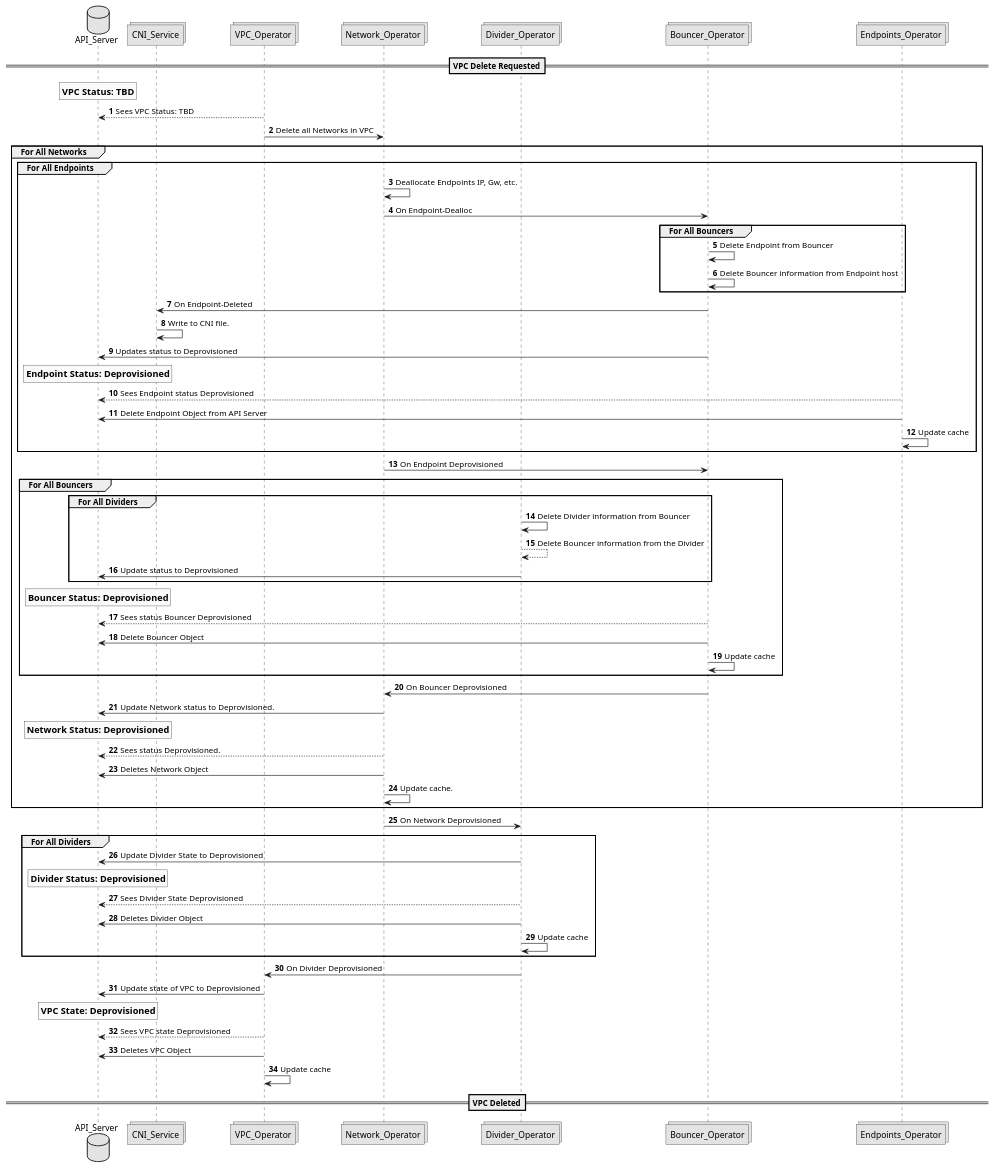
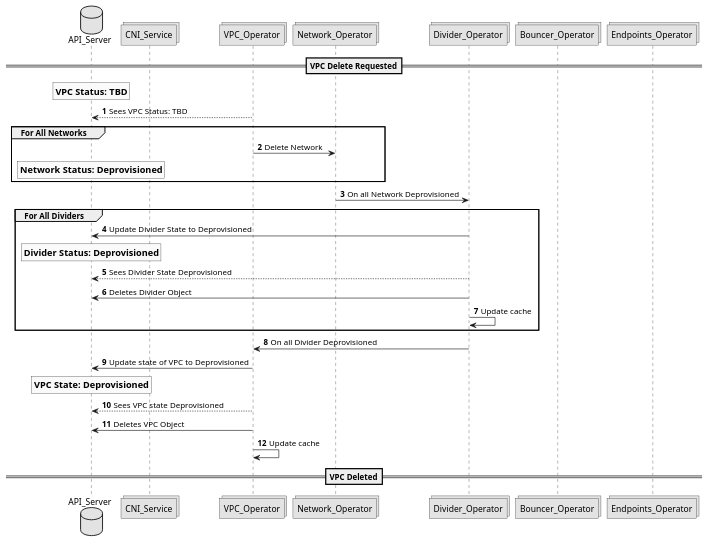
The diagram in Documentation/design/figures/delete_vpc_workflow.puml (CentaurusInfra/mizar), drawn with PlantUML before and after one commit. The commit also changed 2 other files, not shown here.

Commit message:
Simplify delete workflow

```diff
--- a/Documentation/design/figures/delete_vpc_workflow.puml
+++ b/Documentation/design/figures/delete_vpc_workflow.puml
@@ -1,67 +1,38 @@
 @startuml
 
 skinparam monochrome true
+skinparam group 10
+
 autonumber
 database API_Server
 collections CNI_Service
 collections VPC_Operator
 collections Network_Operator
 collections Divider_Operator
 collections Bouncer_Operator
 collections Endpoints_Operator
 
 ==VPC Delete Requested==
 rnote over API_Server: ==VPC Status: TBD
 VPC_Operator --> API_Server: Sees VPC Status: TBD
-VPC_Operator -> Network_Operator: Delete all Networks in VPC
 group For All Networks
-group For All Endpoints
-Network_Operator -> Network_Operator: Deallocate Endpoints IP, Gw, etc.
-Network_Operator -> Bouncer_Operator: On Endpoint-Dealloc
-group For All Bouncers
-Bouncer_Operator -> Bouncer_Operator: Delete Endpoint from Bouncer
-Bouncer_Operator -> Bouncer_Operator: Delete Bouncer information from Endpoint host
+VPC_Operator -> Network_Operator: Delete Network
+
+rnote over API_Server: ==Network Status: Deprovisioned
 end
-Bouncer_Operator -> CNI_Service: On Endpoint-Deleted
-CNI_Service -> CNI_Service: Write to CNI file.
-Bouncer_Operator -> API_Server: Updates status to Deprovisioned
-rnote over API_Server: ==Endpoint Status: Deprovisioned
-Endpoints_Operator --> API_Server: Sees Endpoint status Deprovisioned
-Endpoints_Operator -> API_Server: Delete Endpoint Object from API Server
-Endpoints_Operator -> Endpoints_Operator: Update cache
-end
-Network_Operator -> Bouncer_Operator: On Endpoint Deprovisioned
-group For All Bouncers
-group For All Dividers
-Divider_Operator -> Divider_Operator: Delete Divider information from Bouncer
-Divider_Operator --> Divider_Operator: Delete Bouncer information from the Divider
-Divider_Operator -> API_Server: Update status to Deprovisioned
-end
-rnote over API_Server: ==Bouncer Status: Deprovisioned
-Bouncer_Operator --> API_Server: Sees status Bouncer Deprovisioned
-Bouncer_Operator -> API_Server: Delete Bouncer Object
-Bouncer_Operator -> Bouncer_Operator: Update cache
-end
-Bouncer_Operator -> Network_Operator: On Bouncer Deprovisioned
-Network_Operator -> API_Server: Update Network status to Deprovisioned.
-rnote over API_Server: ==Network Status: Deprovisioned
-Network_Operator --> API_Server: Sees status Deprovisioned.
-Network_Operator -> API_Server: Deletes Network Object
-Network_Operator-> Network_Operator: Update cache.
-end
-Network_Operator ->  Divider_Operator: On Network Deprovisioned
+Network_Operator ->  Divider_Operator: On all Network Deprovisioned
 group For All Dividers
 Divider_Operator -> API_Server: Update Divider State to Deprovisioned
 rnote over API_Server: ==Divider Status: Deprovisioned
 Divider_Operator --> API_Server: Sees Divider State Deprovisioned
 Divider_Operator -> API_Server: Deletes Divider Object
 Divider_Operator -> Divider_Operator: Update cache
 end
-Divider_Operator -> VPC_Operator: On Divider Deprovisioned
+Divider_Operator -> VPC_Operator: On all Divider Deprovisioned
 VPC_Operator -> API_Server: Update state of VPC to Deprovisioned
 rnote over API_Server: ==VPC State: Deprovisioned
 VPC_Operator --> API_Server: Sees VPC state Deprovisioned
 VPC_Operator -> API_Server: Deletes VPC Object
 VPC_Operator -> VPC_Operator: Update cache
 ==VPC Deleted==
 @enduml
```
